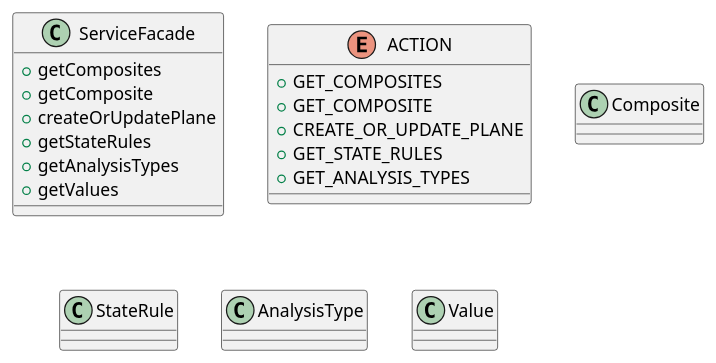
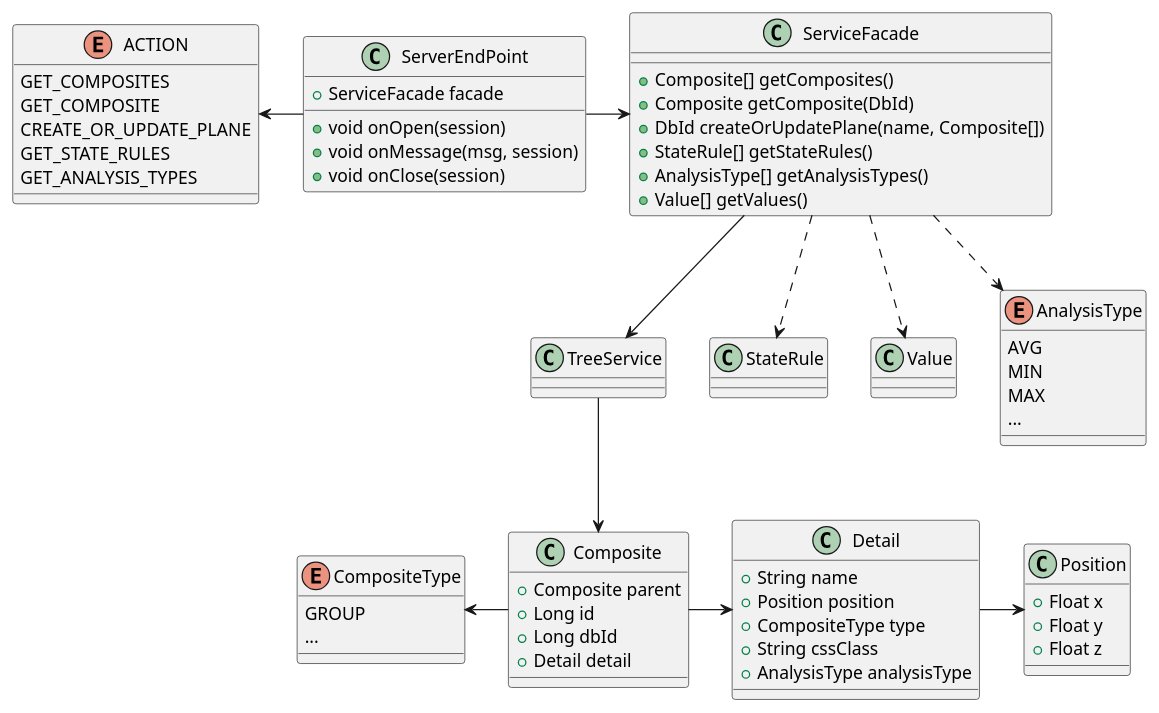
One commit to joao-parana/plantuml changed the diagram in docs/plantuml/monitor.md. Above: the diagram before and after it, drawn with PlantUML. The commit also changed 2 other files, not shown here.

Commit message:
Melhorando a documentação

```diff
--- a/docs/plantuml/monitor.md
+++ b/docs/plantuml/monitor.md
@@ -3,32 +3,69 @@
 	@startuml
 	
 	class ServiceFacade {
-		+ getComposites
-		+ getComposite
-		+ createOrUpdatePlane
-		+ getStateRules
-		+ getAnalysisTypes
-		+ getValues
+		+Composite[] getComposites()
+		+Composite getComposite(DbId)
+		+DbId createOrUpdatePlane(name, Composite[])
+		+StateRule[] getStateRules()
+		+AnalysisType[] getAnalysisTypes()
+		+Value[] getValues()
+	}
+	class TreeService {
+	}
+	class ServerEndPoint {
+		+ServiceFacade facade
+		+void onOpen(session)
+		+void onMessage(msg, session)
+		+void onClose(session)
+	}
+	class Composite {
+		+Composite parent
+		+Long id
+		+Long dbId
+		+Detail detail
+	}
+	class Detail {
+		+String name
+		+Position position
+		+CompositeType type
+		+String cssClass
+		+AnalysisType analysisType
+	}
+	class Position {
+		+Float x
+		+Float y
+		+Float z
+	}
+	class StateRule {
+	}
+	class Value {
+	}
+	enum AnalysisType {
+		AVG
+		MIN
+		MAX
+		...
+	}
+	enum CompositeType {
+		GROUP
+		...
+	}
+	enum ACTION {
+		GET_COMPOSITES
+		GET_COMPOSITE
+		CREATE_OR_UPDATE_PLANE
+		GET_STATE_RULES
+		GET_ANALYSIS_TYPES
 	}
 	
-	enum ACTION  {
-		+ GET_COMPOSITES
-		+ GET_COMPOSITE
-		+ CREATE_OR_UPDATE_PLANE
-		+ GET_STATE_RULES
-		+ GET_ANALYSIS_TYPES
-	}
-
-	class Composite {
-	}
-	
-	class StateRule {
-	}
-	
-	class AnalysisType {
-	}
-	
-	class Value {
-	}
-	
+	ServiceFacade --> TreeService 
+	ServiceFacade ..> AnalysisType
+	ServiceFacade ..> StateRule
+	ServiceFacade ..> Value
+	ServerEndPoint -> ServiceFacade
+	TreeService --> Composite
+	Composite -> Detail
+	Detail ->Position 
+	ACTION <- ServerEndPoint
+	CompositeType <- Composite
 	@enduml
```
